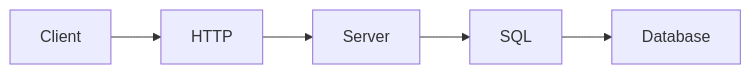
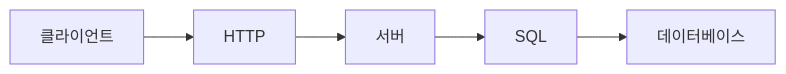
The diagram in content/computer-science-major-101/ko/05-database-and-network.md (yeongseon-books/book-content), drawn with Mermaid before and after one commit. The commit also changed other lines of this file and 8 other files, not shown here.

````diff
--- a/content/computer-science-major-101/ko/05-database-and-network.md
+++ b/content/computer-science-major-101/ko/05-database-and-network.md
@@ -33,7 +55,7 @@
 ```mermaid
 flowchart LR
-    C[Client] --> H[HTTP]
-    H --> S[Server]
+    C[클라이언트] --> H[HTTP]
+    H --> S[서버]
     S --> Q[SQL]
-    Q --> D[Database]
+    Q --> D[데이터베이스]
 ```
````
